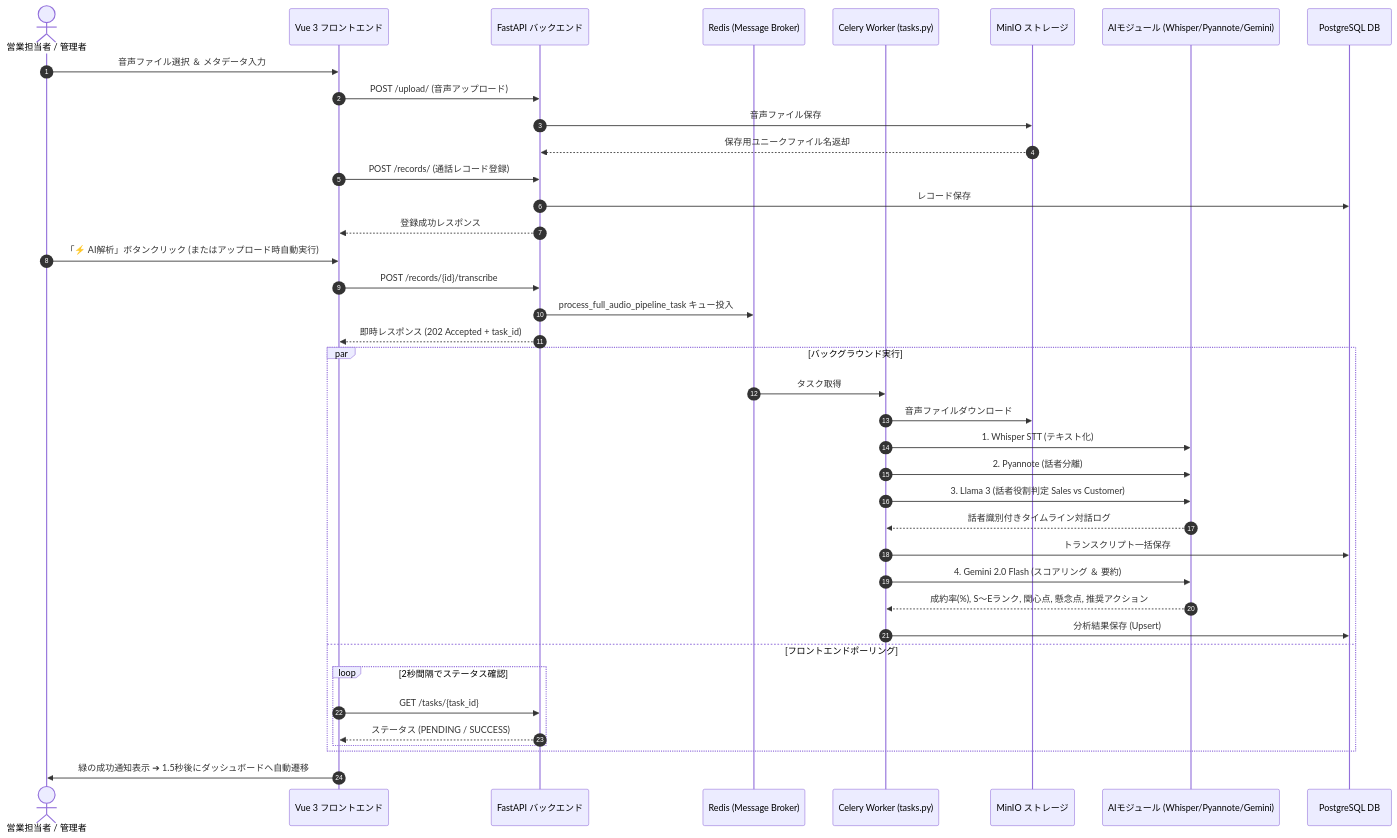
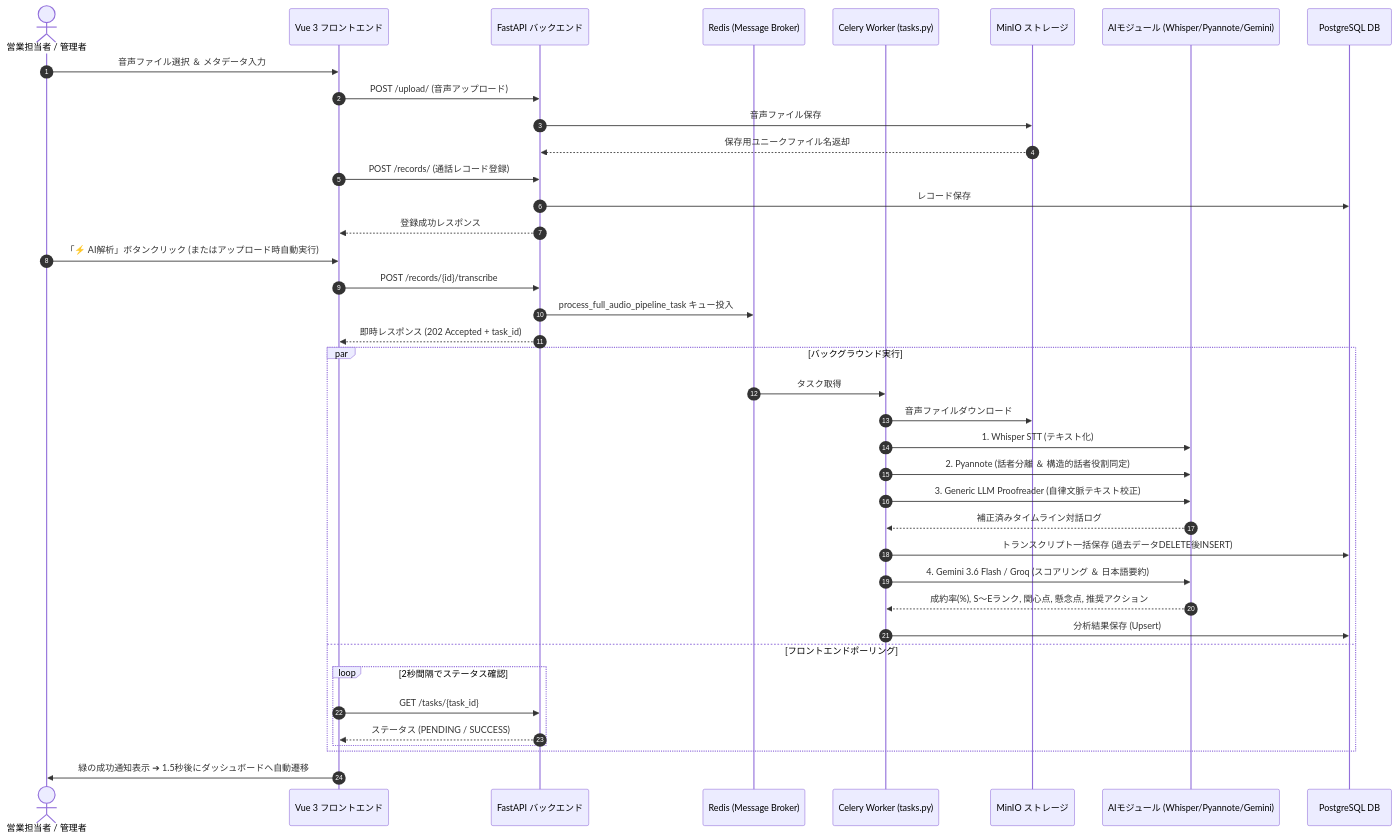
One commit to tansyu0423-creator/telesales-web-app changed the second of 2 diagrams in docs/01_system_architecture.md. Above: the diagram before and after it, drawn with Mermaid. The commit also changed other lines of this file and 14 other files, not shown here.

````diff
--- a/docs/01_system_architecture.md
+++ b/docs/01_system_architecture.md
@@ -141,44 +142,44 @@
 ```mermaid
 sequenceDiagram
     autonumber
     actor User as 営業担当者 / 管理者
     participant FE as Vue 3 フロントエンド
     participant BE as FastAPI バックエンド
     participant Redis as Redis (Message Broker)
     participant Worker as Celery Worker (tasks.py)
     participant MinIO as MinIO ストレージ
     participant AI as AIモジュール (Whisper/Pyannote/Gemini)
     participant DB as PostgreSQL DB
 
     User->>FE: 音声ファイル選択 ＆ メタデータ入力
     FE->>BE: POST /upload/ (音声アップロード)
     BE->>MinIO: 音声ファイル保存
     MinIO-->>BE: 保存用ユニークファイル名返却
     FE->>BE: POST /records/ (通話レコード登録)
     BE->>DB: レコード保存
     BE-->>FE: 登録成功レスポンス
 
     User->>FE: 「⚡ AI解析」ボタンクリック (またはアップロード時自動実行)
     FE->>BE: POST /records/{id}/transcribe
     BE->>Redis: process_full_audio_pipeline_task キュー投入
     BE-->>FE: 即時レスポンス (202 Accepted + task_id)
     
     par バックグラウンド実行
         Redis->>Worker: タスク取得
         Worker->>MinIO: 音声ファイルダウンロード
         Worker->>AI: 1. Whisper STT (テキスト化)
-        Worker->>AI: 2. Pyannote (話者分離)
-        Worker->>AI: 3. Llama 3 (話者役割判定 Sales vs Customer)
-        AI-->>Worker: 話者識別付きタイムライン対話ログ
-        Worker->>DB: トランスクリプト一括保存
-        Worker->>AI: 4. Gemini 2.0 Flash (スコアリング ＆ 要約)
+        Worker->>AI: 2. Pyannote (話者分離 ＆ 構造的話者役割同定)
+        Worker->>AI: 3. Generic LLM Proofreader (自律文脈テキスト校正)
+        AI-->>Worker: 補正済みタイムライン対話ログ
+        Worker->>DB: トランスクリプト一括保存 (過去データDELETE後INSERT)
+        Worker->>AI: 4. Gemini 3.6 Flash / Groq (スコアリング ＆ 日本語要約)
         AI-->>Worker: 成約率(%), S〜Eランク, 関心点, 懸念点, 推奨アクション
         Worker->>DB: 分析結果保存 (Upsert)
     and フロントエンドポーリング
         loop 2秒間隔でステータス確認
             FE->>BE: GET /tasks/{task_id}
             BE-->>FE: ステータス (PENDING / SUCCESS)
         end
     end
     FE->>User: 緑の成功通知表示 ➔ 1.5秒後にダッシュボードへ自動遷移
 ```
````
